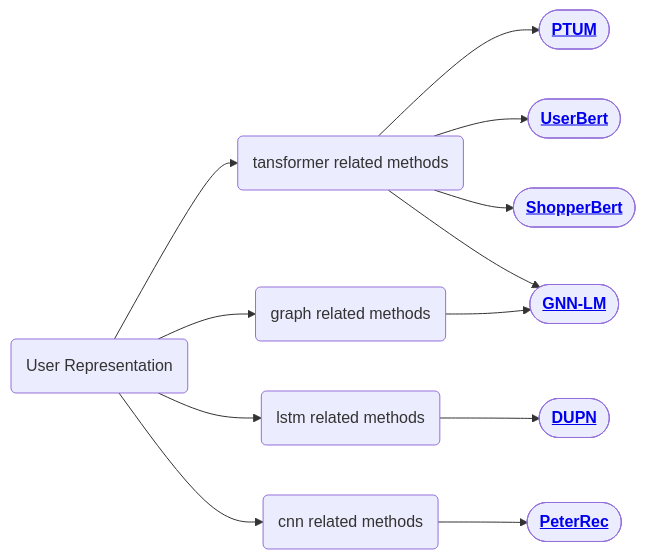
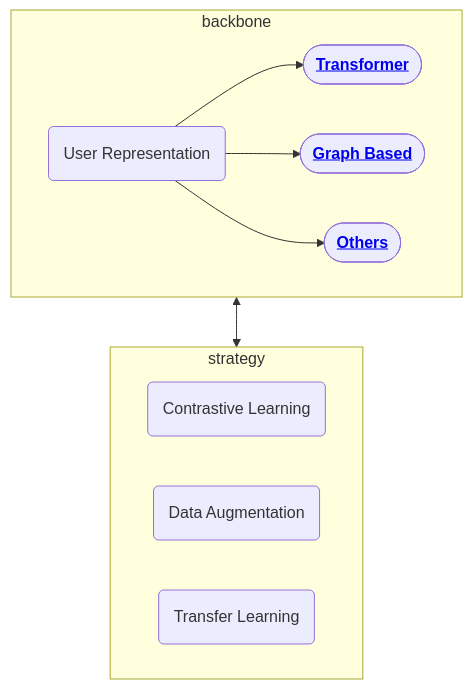
One commit to Souls362/MyResearch changed the diagram in User/my_summary.md. Above: the diagram before and after it, drawn with Mermaid. The commit also changed other lines of this file and 4 other files, not shown here.

````diff
--- a/User/my_summary.md
+++ b/User/my_summary.md
@@ -24,15 +9,16 @@
 ```mermaid
-graph LR;
-user_representation(User Representation)--> tansformer_related(tansformer related methods);
-user_representation(User Representation)--> lstm_related(lstm related methods);
-user_representation(User Representation)--> cnn_related(cnn related methods);
-user_representation-->graph_related(graph related methods);
-lstm_related--> paper1([<a href='https://arxiv.org/pdf/1805.10727.pdf'><b>DUPN</b></a>]);
-cnn_related--> paper2([<a href='https://arxiv.org/pdf/2001.04253.pdf'><b>PeterRec</b></a>])
-tansformer_related--> paper3([<a href='https://arxiv.org/pdf/2010.01494.pdf'><b>PTUM</b></a>])
-tansformer_related--> paper4([<a href='https://arxiv.org/pdf/2109.01274.pdf'><b>UserBert</b></a>])
-tansformer_related--> paper5([<a href='https://arxiv.org/pdf/2106.00573.pdf'><b>ShopperBert</b></a>])
-tansformer_related--> paper6([<a href='https://arxiv.org/pdf/2110.08743.pdf'><b>GNN-LM</b></a>])
-graph_related--> paper6
+flowchart TD;
+subgraph backbone;
+    user_representation(User Representation)--> tansformer_related([<a href='./transformer_based.md'><b>Transformer</b></a>]);
+    user_representation--> graph_related([<a href='./graph_based.md'><b>Graph Based</b></a>]);
+    user_representation--> cnn_related([<a href='./others.md'><b>Others</b></a>]);
+    end;
+subgraph strategy;
+    contrastive(Contrastive Learning);
+    data_aug(Data Augmentation);
+    transfer_learning(Transfer Learning);
+    end;
+backbone<--> strategy
+
 
 ```
````
